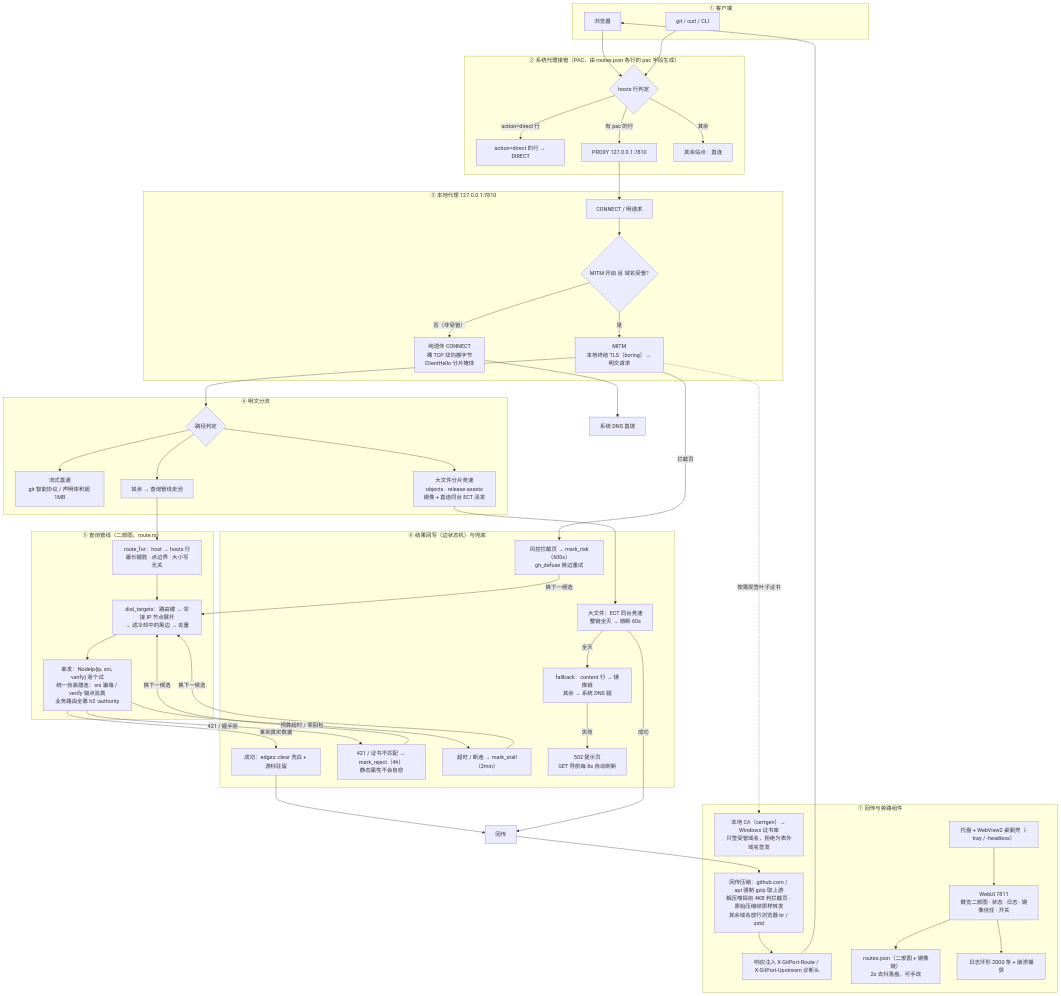
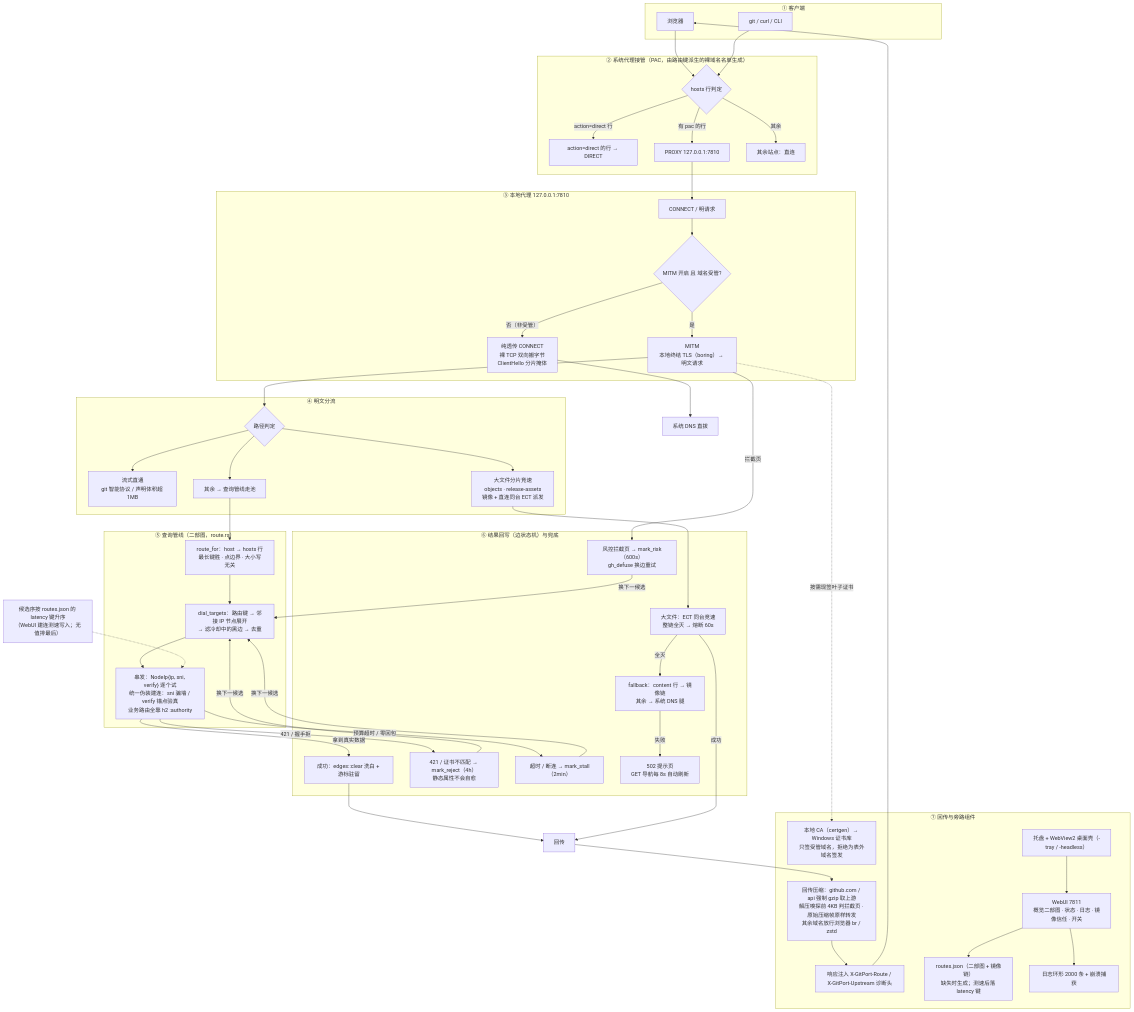
The first of 2 diagrams in docs/ARCHITECTURE.md (zhidian-cmd/gitport-github), drawn with Mermaid before and after one commit. The commit also changed 4 other files, not shown here.

```diff
--- a/docs/ARCHITECTURE.md
+++ b/docs/ARCHITECTURE.md
@@ -10,7 +10,7 @@
         B["浏览器"]
         G["git / curl / CLI"]
     end
-    subgraph L2["② 系统代理接管（PAC，由 routes.json 各行的 pac 字段生成）"]
+    subgraph L2["② 系统代理接管（PAC，由路由键派生的裸域名名单生成）"]
         P1{"hosts 行判定"}
         DL["action=direct 的行 → DIRECT"]
         PX["PROXY 127.0.0.1:7810"]
@@ -50,6 +50,8 @@
     S3 --> R1
     R1 --> R2
     R2 --> D1
+    L6B["候选序按 routes.json 的 latency 键升序<br/>（WebUI 建连测速写入；无值排最后）"]
+    L6B -.-> D1
     subgraph L6["⑥ 结果回写（边状态机）与兜底"]
         OK["成功：edges::clear 洗白 + 游标驻留"]
         REJ["421 / 证书不匹配 → mark_reject（4h）<br/>静态属性不会自愈"]
@@ -76,7 +78,7 @@
         R2b["响应注入 X-GitPort-Route / X-GitPort-Upstream 诊断头"]
         CA["本地 CA（certgen）→ Windows 证书库<br/>只签受管域名，拒绝为表外域名签发"]
         WUI["WebUI 7811<br/>概览二部图 · 状态 · 日志 · 镜像信任 · 开关"]
-        ROUTES["routes.json（二部图 + 镜像链）<br/>2s 去抖落盘，可手改"]
+        ROUTES["routes.json（二部图 + 镜像链）<br/>缺失时生成；测速后落 latency 键"]
         TRAY["托盘 + WebView2 桌面壳（-tray / -headless）"]
         LOG["日志环形 2000 条 + 崩溃捕获"]
     end
```
